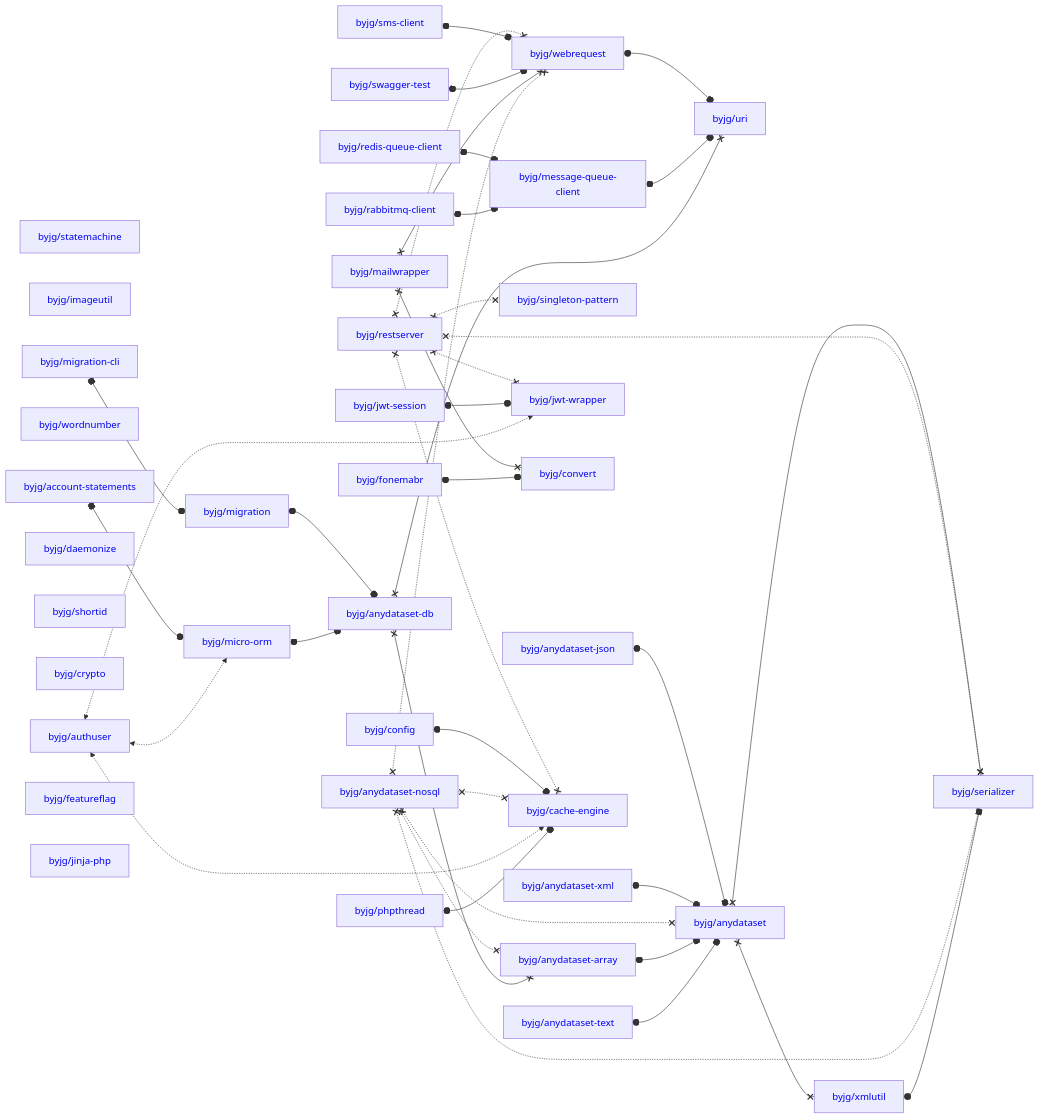
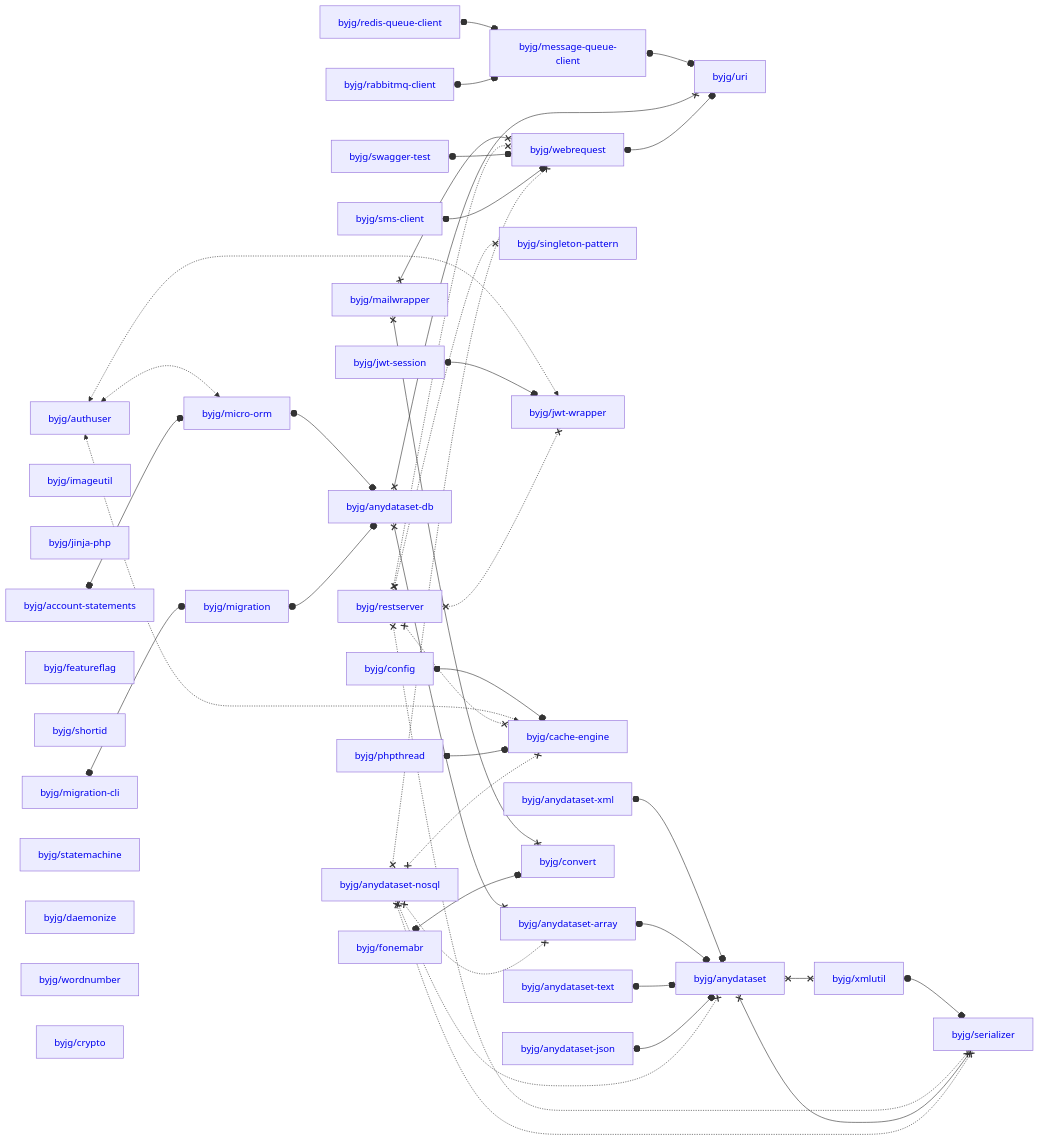
The diagram in docs/php/README.md (byjg/byjg.github.io), drawn with Mermaid before and after one commit. The commit also changed other lines of this file, not shown here.

Commit message:
Update documentation 'php' 'php-migration'

````diff
--- a/docs/php/README.md
+++ b/docs/php/README.md
@@ -3,80 +3,80 @@
 ```mermaid
 graph LR;
+  byjg/sms-client[<a href='https://opensource.byjg.com/docs/php/sms-client' style='text-decoration:none'>byjg/sms-client</a>];
+  byjg/authuser[<a href='https://opensource.byjg.com/docs/php/authuser' style='text-decoration:none'>byjg/authuser</a>];
+  byjg/imageutil[<a href='https://opensource.byjg.com/docs/php/imageutil' style='text-decoration:none'>byjg/imageutil</a>];
+  byjg/jinja-php[<a href='https://opensource.byjg.com/docs/php/jinja-php' style='text-decoration:none'>byjg/jinja-php</a>];
+  byjg/config[<a href='https://opensource.byjg.com/docs/php/config' style='text-decoration:none'>byjg/config</a>];
   byjg/restserver[<a href='https://opensource.byjg.com/docs/php/restserver' style='text-decoration:none'>byjg/restserver</a>];
-  byjg/redis-queue-client[<a href='https://opensource.byjg.com/docs/php/redis-queue-client' style='text-decoration:none'>byjg/redis-queue-client</a>];
-  byjg/fonemabr[<a href='https://opensource.byjg.com/docs/php/fonemabr' style='text-decoration:none'>byjg/fonemabr</a>];
+  byjg/migration-cli[<a href='https://opensource.byjg.com/docs/php/migration-cli' style='text-decoration:none'>byjg/migration-cli</a>];
+  byjg/mailwrapper[<a href='https://opensource.byjg.com/docs/php/mailwrapper' style='text-decoration:none'>byjg/mailwrapper</a>];
+  byjg/featureflag[<a href='https://opensource.byjg.com/docs/php/featureflag' style='text-decoration:none'>byjg/featureflag</a>];
+  byjg/phpthread[<a href='https://opensource.byjg.com/docs/php/phpthread' style='text-decoration:none'>byjg/phpthread</a>];
+  byjg/shortid[<a href='https://opensource.byjg.com/docs/php/shortid' style='text-decoration:none'>byjg/shortid</a>];
+  byjg/account-statements[<a href='https://opensource.byjg.com/docs/php/account-statements' style='text-decoration:none'>byjg/account-statements</a>];
+  byjg/anydataset-xml[<a href='https://opensource.byjg.com/docs/php/anydataset-xml' style='text-decoration:none'>byjg/anydataset-xml</a>];
   byjg/statemachine[<a href='https://opensource.byjg.com/docs/php/statemachine' style='text-decoration:none'>byjg/statemachine</a>];
-  byjg/imageutil[<a href='https://opensource.byjg.com/docs/php/imageutil' style='text-decoration:none'>byjg/imageutil</a>];
-  byjg/sms-client[<a href='https://opensource.byjg.com/docs/php/sms-client' style='text-decoration:none'>byjg/sms-client</a>];
   byjg/jwt-session[<a href='https://opensource.byjg.com/docs/php/jwt-session' style='text-decoration:none'>byjg/jwt-session</a>];
-  byjg/anydataset-text[<a href='https://opensource.byjg.com/docs/php/anydataset-text' style='text-decoration:none'>byjg/anydataset-text</a>];
-  byjg/account-statements[<a href='https://opensource.byjg.com/docs/php/account-statements' style='text-decoration:none'>byjg/account-statements</a>];
-  byjg/wordnumber[<a href='https://opensource.byjg.com/docs/php/wordnumber' style='text-decoration:none'>byjg/wordnumber</a>];
-  byjg/migration-cli[<a href='https://opensource.byjg.com/docs/php/migration-cli' style='text-decoration:none'>byjg/migration-cli</a>];
   byjg/anydataset-json[<a href='https://opensource.byjg.com/docs/php/anydataset-json' style='text-decoration:none'>byjg/anydataset-json</a>];
   byjg/daemonize[<a href='https://opensource.byjg.com/docs/php/daemonize' style='text-decoration:none'>byjg/daemonize</a>];
-  byjg/shortid[<a href='https://opensource.byjg.com/docs/php/shortid' style='text-decoration:none'>byjg/shortid</a>];
+  byjg/anydataset-nosql[<a href='https://opensource.byjg.com/docs/php/anydataset-nosql' style='text-decoration:none'>byjg/anydataset-nosql</a>];
+  byjg/swagger-test[<a href='https://opensource.byjg.com/docs/php/swagger-test' style='text-decoration:none'>byjg/swagger-test</a>];
+  byjg/anydataset-text[<a href='https://opensource.byjg.com/docs/php/anydataset-text' style='text-decoration:none'>byjg/anydataset-text</a>];
+  byjg/wordnumber[<a href='https://opensource.byjg.com/docs/php/wordnumber' style='text-decoration:none'>byjg/wordnumber</a>];
+  byjg/fonemabr[<a href='https://opensource.byjg.com/docs/php/fonemabr' style='text-decoration:none'>byjg/fonemabr</a>];
   byjg/crypto[<a href='https://opensource.byjg.com/docs/php/crypto' style='text-decoration:none'>byjg/crypto</a>];
+  byjg/redis-queue-client[<a href='https://opensource.byjg.com/docs/php/redis-queue-client' style='text-decoration:none'>byjg/redis-queue-client</a>];
   byjg/rabbitmq-client[<a href='https://opensource.byjg.com/docs/php/rabbitmq-client' style='text-decoration:none'>byjg/rabbitmq-client</a>];
-  byjg/config[<a href='https://opensource.byjg.com/docs/php/config' style='text-decoration:none'>byjg/config</a>];
-  byjg/authuser[<a href='https://opensource.byjg.com/docs/php/authuser' style='text-decoration:none'>byjg/authuser</a>];
-  byjg/mailwrapper[<a href='https://opensource.byjg.com/docs/php/mailwrapper' style='text-decoration:none'>byjg/mailwrapper</a>];
-  byjg/phpthread[<a href='https://opensource.byjg.com/docs/php/phpthread' style='text-decoration:none'>byjg/phpthread</a>];
-  byjg/featureflag[<a href='https://opensource.byjg.com/docs/php/featureflag' style='text-decoration:none'>byjg/featureflag</a>];
-  byjg/anydataset-xml[<a href='https://opensource.byjg.com/docs/php/anydataset-xml' style='text-decoration:none'>byjg/anydataset-xml</a>];
-  byjg/swagger-test[<a href='https://opensource.byjg.com/docs/php/swagger-test' style='text-decoration:none'>byjg/swagger-test</a>];
-  byjg/anydataset-nosql[<a href='https://opensource.byjg.com/docs/php/anydataset-nosql' style='text-decoration:none'>byjg/anydataset-nosql</a>];
-  byjg/jinja-php[<a href='https://opensource.byjg.com/docs/php/jinja-php' style='text-decoration:none'>byjg/jinja-php</a>];
   byjg/singleton-pattern[<a href='https://opensource.byjg.com/docs/php/singleton-pattern' style='text-decoration:none'>byjg/singleton-pattern</a>];
   byjg/migration[<a href='https://opensource.byjg.com/docs/php/migration' style='text-decoration:none'>byjg/migration</a>];
-  byjg/message-queue-client[<a href='https://opensource.byjg.com/docs/php/message-queue-client' style='text-decoration:none'>byjg/message-queue-client</a>];
   byjg/micro-orm[<a href='https://opensource.byjg.com/docs/php/micro-orm' style='text-decoration:none'>byjg/micro-orm</a>];
   byjg/jwt-wrapper[<a href='https://opensource.byjg.com/docs/php/jwt-wrapper' style='text-decoration:none'>byjg/jwt-wrapper</a>];
+  byjg/cache-engine[<a href='https://opensource.byjg.com/docs/php/cache-engine' style='text-decoration:none'>byjg/cache-engine</a>];
+  byjg/webrequest[<a href='https://opensource.byjg.com/docs/php/webrequest' style='text-decoration:none'>byjg/webrequest</a>];
   byjg/convert[<a href='https://opensource.byjg.com/docs/php/convert' style='text-decoration:none'>byjg/convert</a>];
-  byjg/webrequest[<a href='https://opensource.byjg.com/docs/php/webrequest' style='text-decoration:none'>byjg/webrequest</a>];
-  byjg/cache-engine[<a href='https://opensource.byjg.com/docs/php/cache-engine' style='text-decoration:none'>byjg/cache-engine</a>];
+  byjg/message-queue-client[<a href='https://opensource.byjg.com/docs/php/message-queue-client' style='text-decoration:none'>byjg/message-queue-client</a>];
   byjg/anydataset-db[<a href='https://opensource.byjg.com/docs/php/anydataset-db' style='text-decoration:none'>byjg/anydataset-db</a>];
   byjg/anydataset-array[<a href='https://opensource.byjg.com/docs/php/anydataset-array' style='text-decoration:none'>byjg/anydataset-array</a>];
   byjg/uri[<a href='https://opensource.byjg.com/docs/php/uri' style='text-decoration:none'>byjg/uri</a>];
   byjg/anydataset[<a href='https://opensource.byjg.com/docs/php/anydataset' style='text-decoration:none'>byjg/anydataset</a>];
   byjg/xmlutil[<a href='https://opensource.byjg.com/docs/php/xmlutil' style='text-decoration:none'>byjg/xmlutil</a>];
   byjg/serializer[<a href='https://opensource.byjg.com/docs/php/serializer' style='text-decoration:none'>byjg/serializer</a>];
-  byjg/anydataset-json o--o byjg/anydataset;
-  byjg/anydataset x--x byjg/serializer;
-  byjg/anydataset x--x byjg/xmlutil;
-  byjg/migration-cli o--o byjg/migration;
+  byjg/anydataset-xml o--o byjg/anydataset;
+  byjg/config o--o byjg/cache-engine;
+  byjg/authuser <-.-> byjg/micro-orm;
+  byjg/authuser <-.-> byjg/cache-engine;
+  byjg/authuser <-.-> byjg/jwt-wrapper;
+  byjg/jwt-session o--o byjg/jwt-wrapper;
+  byjg/redis-queue-client o--o byjg/message-queue-client;
+  byjg/xmlutil o--o byjg/serializer;
+  byjg/anydataset-array o--o byjg/anydataset;
+  byjg/anydataset-text o--o byjg/anydataset;
+  byjg/mailwrapper x--x byjg/convert;
+  byjg/mailwrapper x--x byjg/webrequest;
   byjg/restserver x-.-x byjg/serializer;
   byjg/restserver x-.-x byjg/singleton-pattern;
   byjg/restserver x-.-x byjg/cache-engine;
   byjg/restserver x-.-x byjg/webrequest;
   byjg/restserver x-.-x byjg/jwt-wrapper;
+  byjg/anydataset x--x byjg/serializer;
+  byjg/anydataset x--x byjg/xmlutil;
+  byjg/micro-orm o--o byjg/anydataset-db;
+  byjg/phpthread o--o byjg/cache-engine;
+  byjg/anydataset-json o--o byjg/anydataset;
+  byjg/swagger-test o--o byjg/webrequest;
+  byjg/fonemabr o--o byjg/convert;
+  byjg/account-statements o--o byjg/micro-orm;
   byjg/sms-client o--o byjg/webrequest;
-  byjg/swagger-test o--o byjg/webrequest;
-  byjg/config o--o byjg/cache-engine;
+  byjg/migration-cli o--o byjg/migration;
+  byjg/message-queue-client o--o byjg/uri;
+  byjg/anydataset-db x--x byjg/anydataset-array;
+  byjg/anydataset-db x--x byjg/uri;
   byjg/webrequest o--o byjg/uri;
-  byjg/message-queue-client o--o byjg/uri;
-  byjg/jwt-session o--o byjg/jwt-wrapper;
-  byjg/anydataset-xml o--o byjg/anydataset;
-  byjg/account-statements o--o byjg/micro-orm;
-  byjg/mailwrapper x--x byjg/convert;
-  byjg/mailwrapper x--x byjg/webrequest;
+  byjg/migration o--o byjg/anydataset-db;
+  byjg/rabbitmq-client o--o byjg/message-queue-client;
   byjg/anydataset-nosql x-.-x byjg/anydataset;
   byjg/anydataset-nosql x-.-x byjg/anydataset-array;
   byjg/anydataset-nosql x-.-x byjg/serializer;
   byjg/anydataset-nosql x-.-x byjg/webrequest;
   byjg/anydataset-nosql x-.-x byjg/cache-engine;
-  byjg/migration o--o byjg/anydataset-db;
-  byjg/anydataset-db x--x byjg/anydataset-array;
-  byjg/anydataset-db x--x byjg/uri;
-  byjg/fonemabr o--o byjg/convert;
-  byjg/redis-queue-client o--o byjg/message-queue-client;
-  byjg/anydataset-array o--o byjg/anydataset;
-  byjg/anydataset-text o--o byjg/anydataset;
-  byjg/authuser <-.-> byjg/micro-orm;
-  byjg/authuser <-.-> byjg/cache-engine;
-  byjg/authuser <-.-> byjg/jwt-wrapper;
-  byjg/phpthread o--o byjg/cache-engine;
-  byjg/xmlutil o--o byjg/serializer;
-  byjg/micro-orm o--o byjg/anydataset-db;
-  byjg/rabbitmq-client o--o byjg/message-queue-client;
 ```
````
